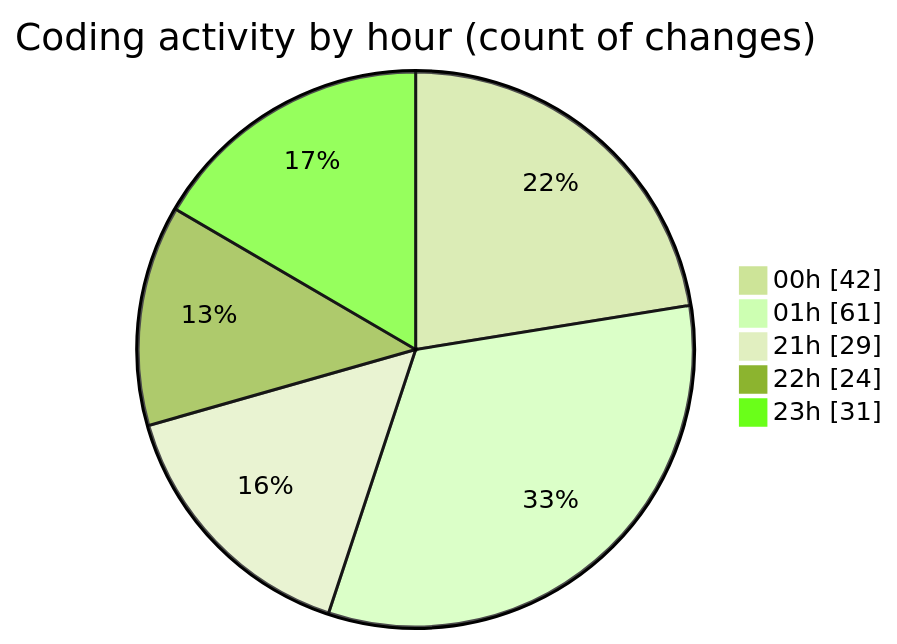
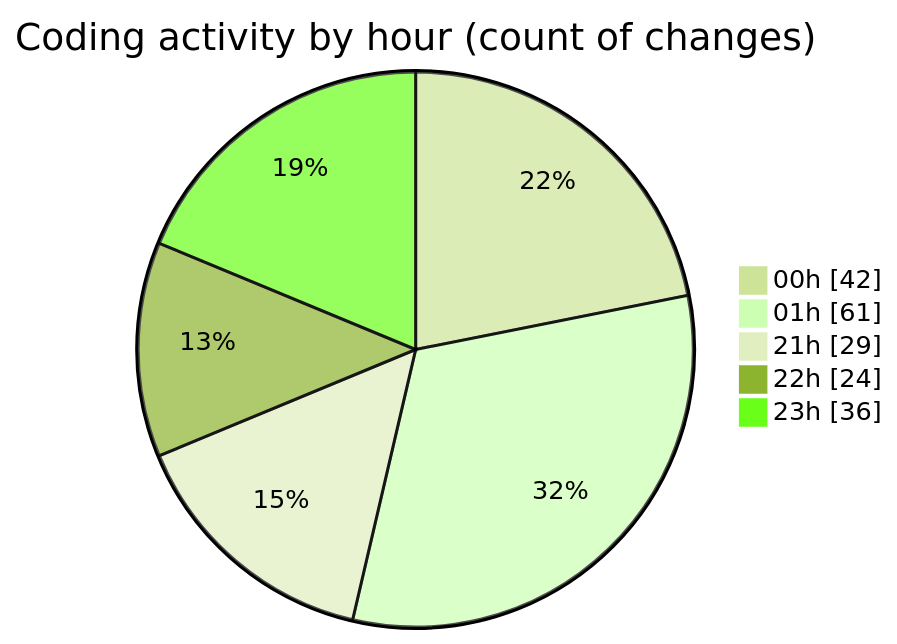
The second of 2 diagrams in 2025-08-12/rentotp/README.md (lephambinh05/code-tracking), drawn with Mermaid (forest theme) before and after one commit. The commit also changed other lines of this file and 1 other file, not shown here.

````diff
--- a/2025-08-12/rentotp/README.md
+++ b/2025-08-12/rentotp/README.md
@@ -56,9 +58,9 @@
 ```mermaid
 pie showData
 title Coding activity by hour (count of changes)
 "00h" : 42
 "01h" : 61
 "21h" : 29
 "22h" : 24
-"23h" : 31
+"23h" : 36
 ```
````
